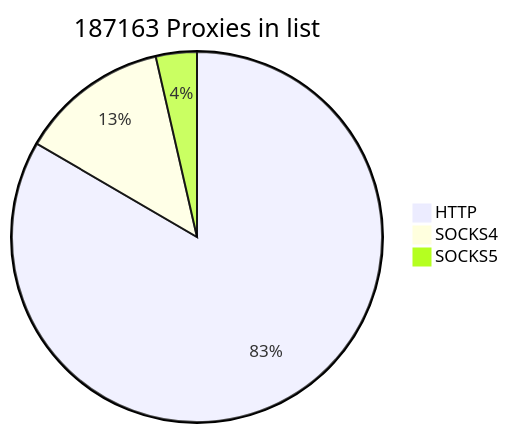
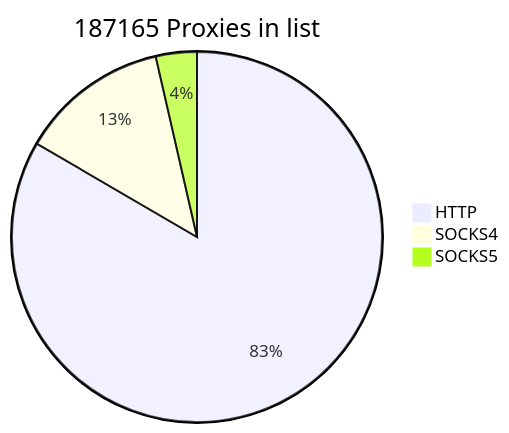
The first of 2 diagrams in README.md (cutipu/proxylist), drawn with Mermaid before and after one commit. The commit also changed other lines of this file, not shown here.

````diff
--- a/README.md
+++ b/README.md
@@ -2,7 +2,7 @@
 ```mermaid
-pie title 187163 Proxies in list
-    "HTTP" : 156094
-    "SOCKS4" : 24372
+pie title 187165 Proxies in list
+    "HTTP" : 156095
+    "SOCKS4" : 24373
     "SOCKS5" : 6697
             
 ```
````
